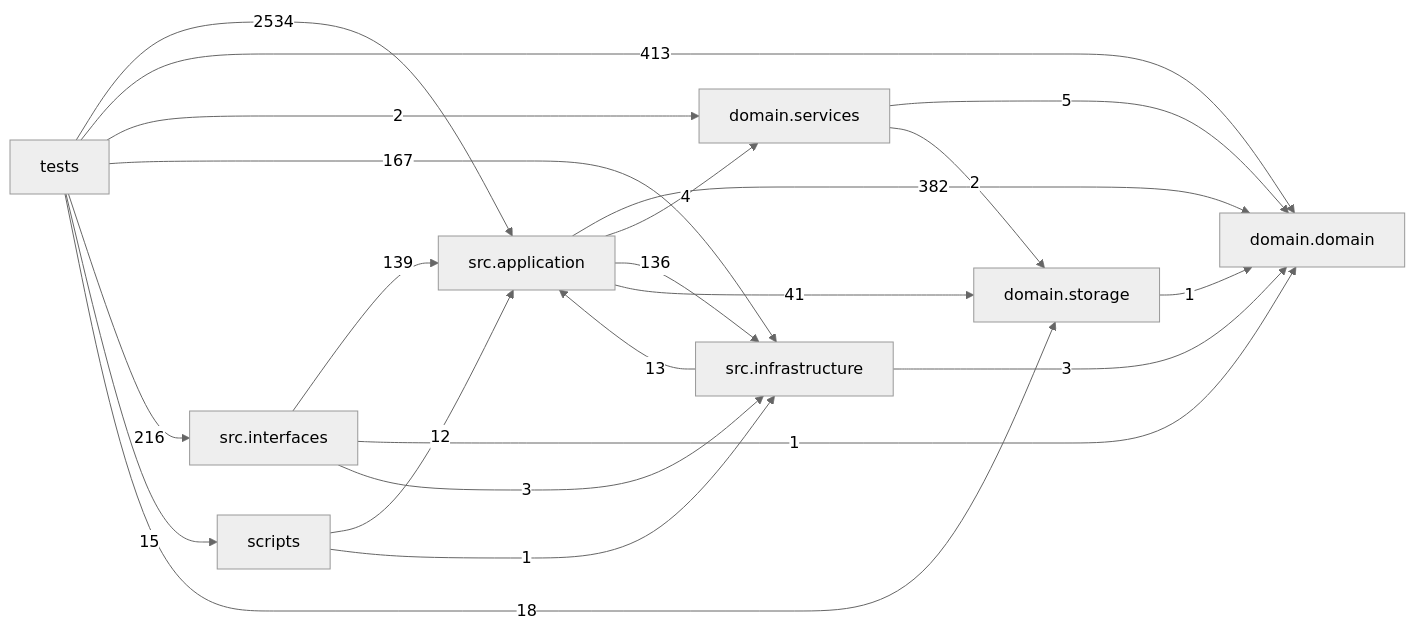
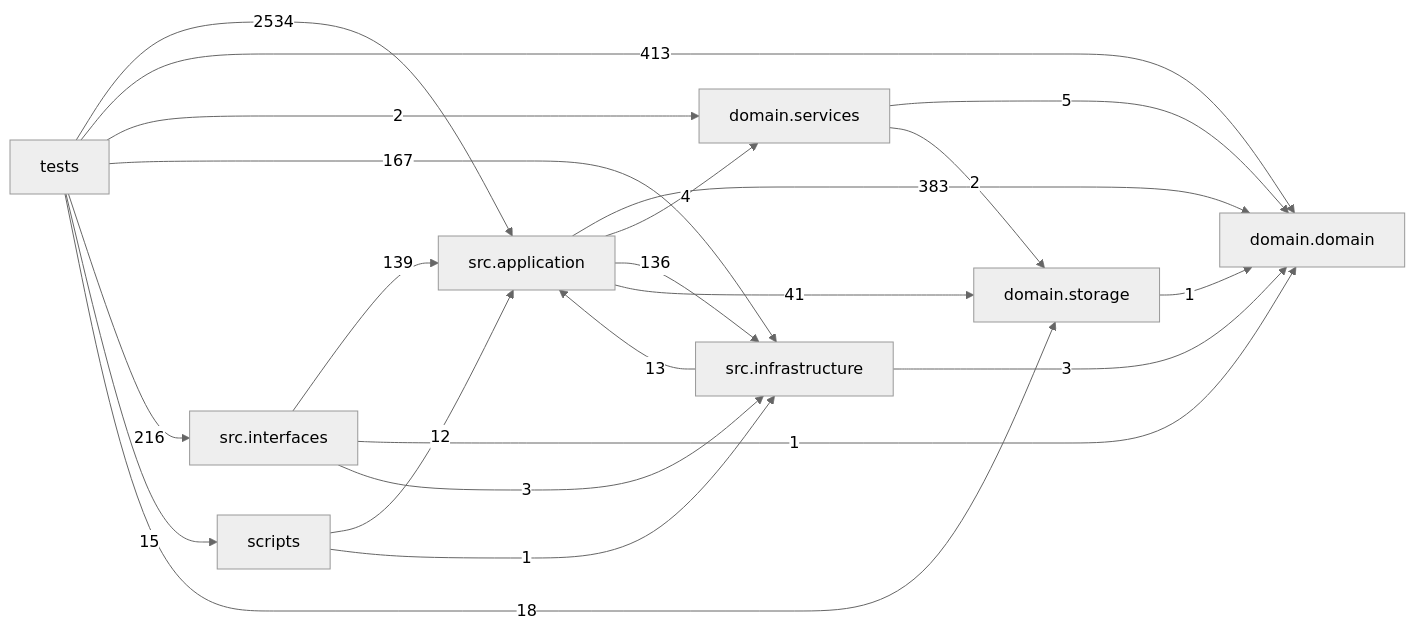
Before and after one commit to liuxie066/options-monitor: the diagram in docs/DEPENDENCY_GRAPH.md, drawn with Mermaid (neutral theme). The commit also changed other lines of this file and 3 other files, not shown here.

````diff
--- a/docs/DEPENDENCY_GRAPH.md
+++ b/docs/DEPENDENCY_GRAPH.md
@@ -24,32 +24,32 @@
 ```mermaid
 flowchart LR
   tests["tests"]
   scripts["scripts"]
   interfaces["src.interfaces"]
   application["src.application"]
   infrastructure["src.infrastructure"]
   domain_services["domain.services"]
   domain["domain.domain"]
   storage["domain.storage"]
-  application -->|382| domain
+  application -->|383| domain
   application -->|4| domain_services
   application -->|136| infrastructure
   application -->|41| storage
   domain_services -->|5| domain
   domain_services -->|2| storage
   infrastructure -->|13| application
   infrastructure -->|3| domain
   interfaces -->|139| application
   interfaces -->|1| domain
   interfaces -->|3| infrastructure
   scripts -->|12| application
   scripts -->|1| infrastructure
   storage -->|1| domain
   tests -->|2534| application
   tests -->|413| domain
   tests -->|2| domain_services
   tests -->|167| infrastructure
   tests -->|216| interfaces
   tests -->|15| scripts
   tests -->|18| storage
 ```
````
